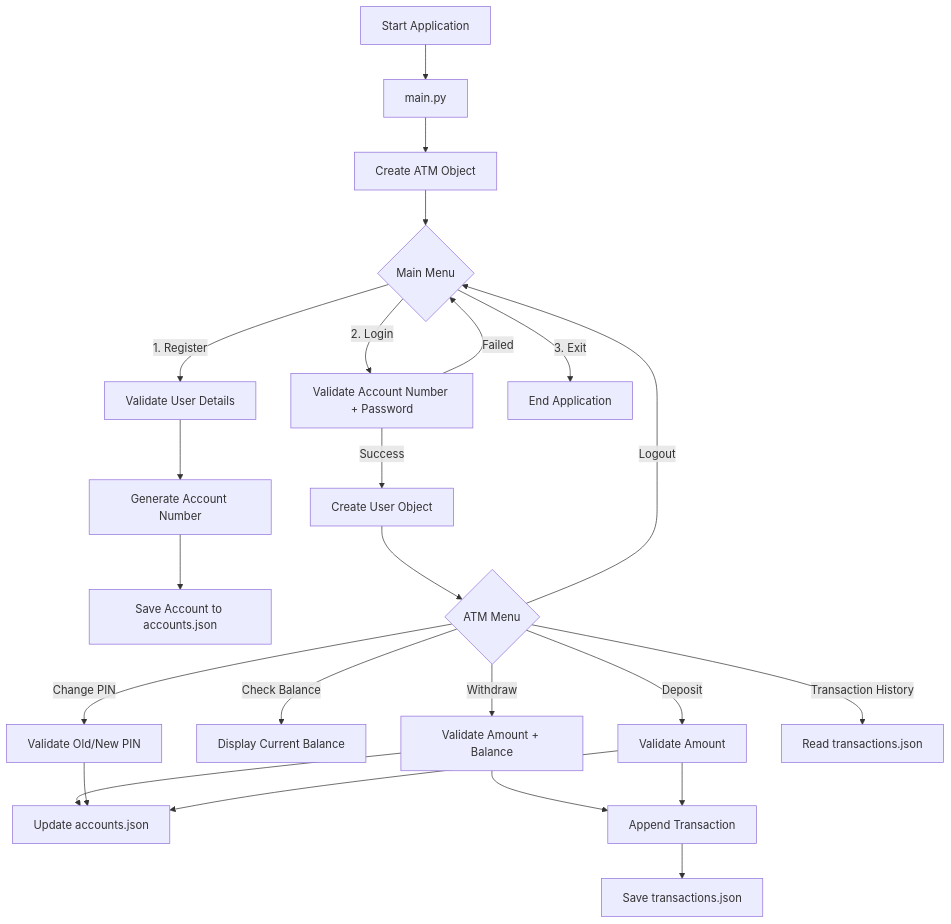
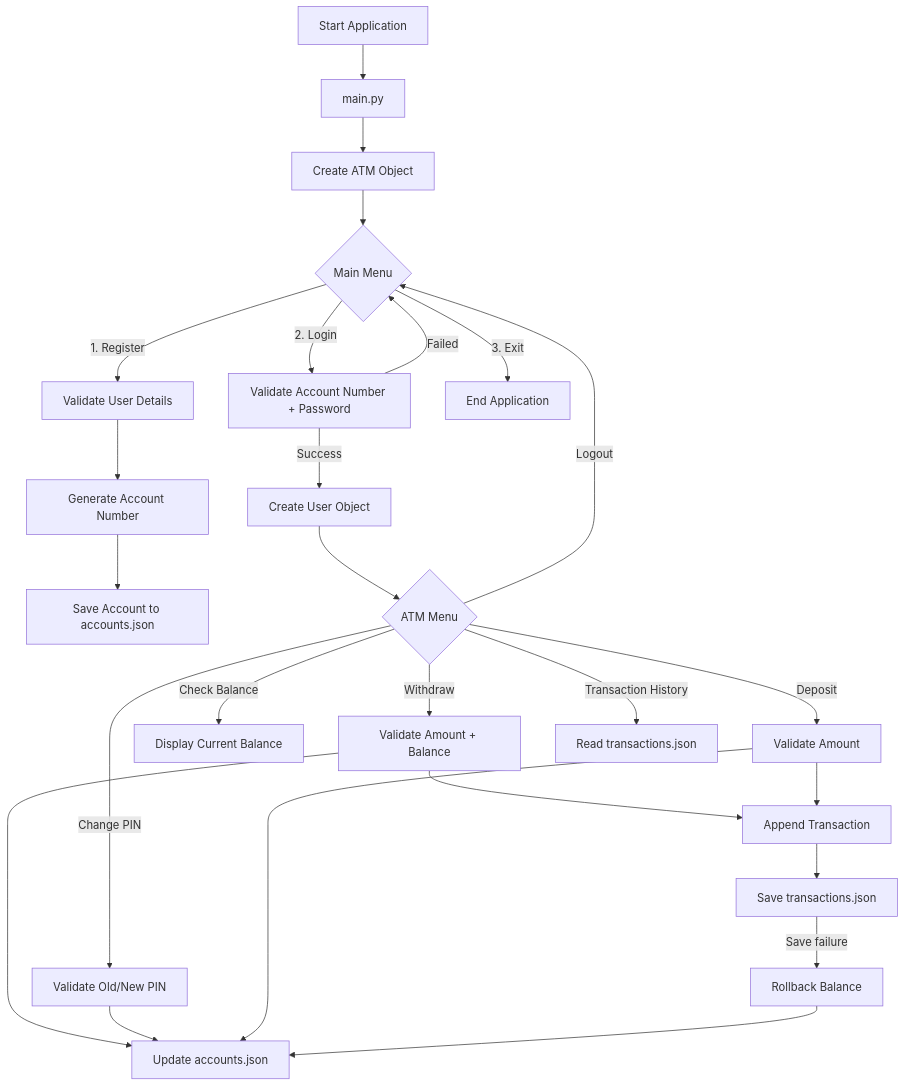
One commit to mightyalok00/atm-management-system-python changed the diagram in README.md. Above: the diagram before and after it, drawn with Mermaid. The commit also changed other lines of this file, not shown here.

````diff
--- a/README.md
+++ b/README.md
@@ -68,26 +73,28 @@
 ```mermaid
 flowchart TD
     A[Start Application] --> B[main.py]
     B --> C[Create ATM Object]
     C --> D{Main Menu}
     D -->|1. Register| E[Validate User Details]
     E --> F[Generate Account Number]
     F --> G[Save Account to accounts.json]
     D -->|2. Login| H[Validate Account Number + Password]
     H -->|Success| I[Create User Object]
     H -->|Failed| D
     I --> J{ATM Menu}
     J -->|Withdraw| K[Validate Amount + Balance]
     J -->|Check Balance| L[Display Current Balance]
     J -->|Change PIN| M[Validate Old/New PIN]
     J -->|Deposit| N[Validate Amount]
     J -->|Transaction History| O[Read transactions.json]
     K --> P[Update accounts.json]
     M --> P
     N --> P
     K --> Q[Append Transaction]
     N --> Q
     Q --> R[Save transactions.json]
+    R -->|Save failure| T[Rollback Balance]
+    T --> P
     J -->|Logout| D
     D -->|3. Exit| S[End Application]
 ```
````
